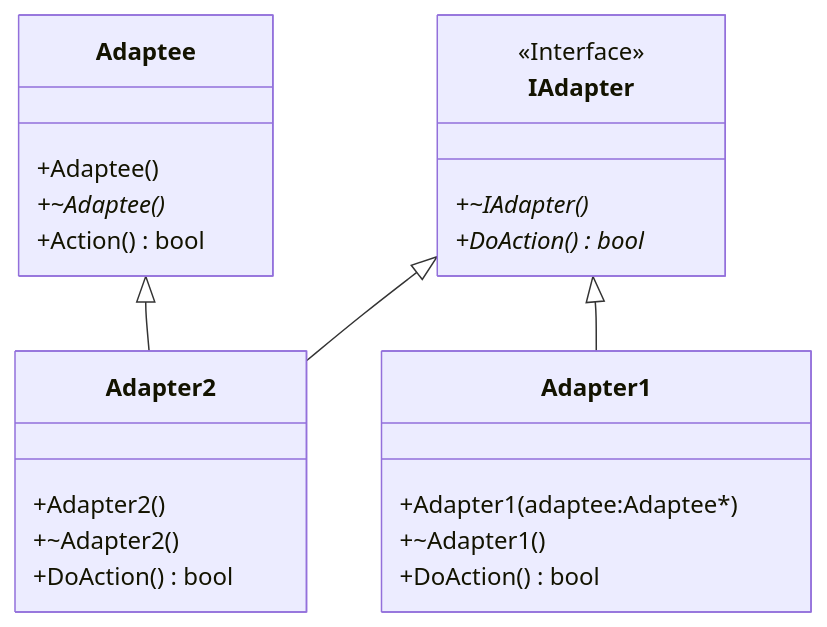
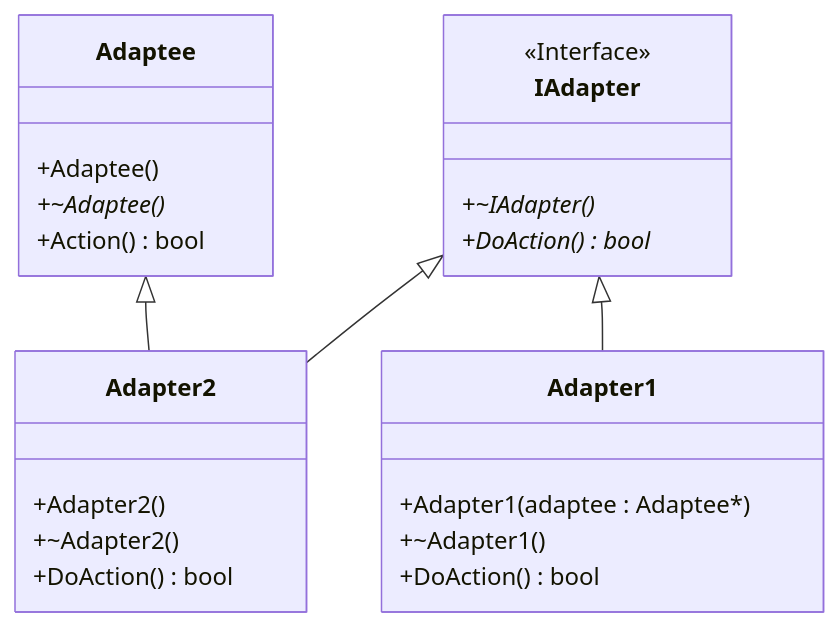
One commit to KumaKuma0421/DesignPatternSolution changed the diagram in PrimitiveDesign/Adapter.md. Above: the diagram before and after it, drawn with Mermaid. The commit also changed 23 other files, not shown here.

````diff
--- a/PrimitiveDesign/Adapter.md
+++ b/PrimitiveDesign/Adapter.md
@@ -3,28 +3,28 @@
 ```mermaid
 classDiagram
   direction TB
   class Adaptee {
     +Adaptee ()
     +~Adaptee ()*
     +Action() bool
   }
   class IAdapter {
     <<Interface>>
     +~IAdapter()*
     +DoAction()* bool
   }
   class Adapter1 {
-    +Adapter1(adaptee:Adaptee*)
+    +Adapter1(adaptee : Adaptee*)
     +~Adapter1()
     +DoAction() bool
   }
   class Adapter2 {
     +Adapter2()
     +~Adapter2()
     +DoAction() bool
   }
   
   Adaptee <|-- Adapter2
   IAdapter <|-- Adapter1
   IAdapter <|-- Adapter2
 ```
````
